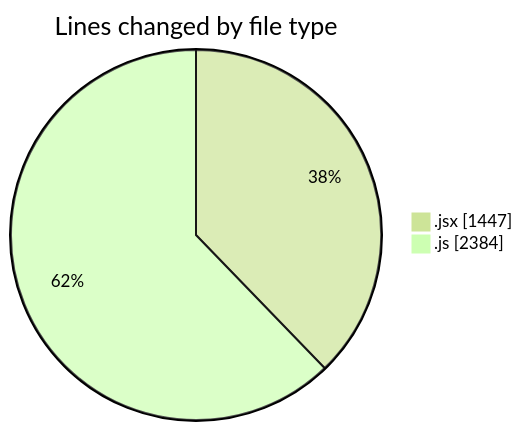
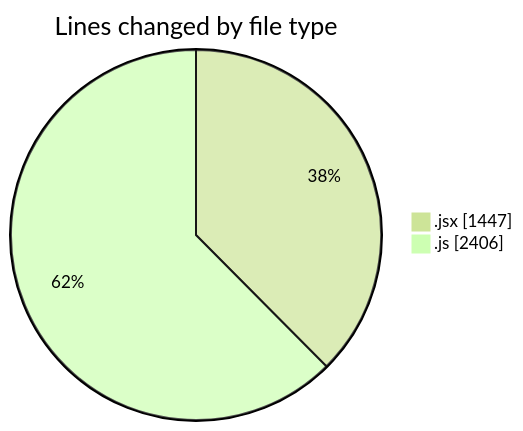
One commit to nxtqubesakshisongat/code-tracking changed the first of 2 diagrams in 2025-09-15/nxtqube_webapp/README.md. Above: the diagram before and after it, drawn with Mermaid (forest theme). The commit also changed other lines of this file and 1 other file, not shown here.

````diff
--- a/2025-09-15/nxtqube_webapp/README.md
+++ b/2025-09-15/nxtqube_webapp/README.md
@@ -22,6 +22,6 @@
 ```mermaid
 pie showData
 title Lines changed by file type
 ".jsx" : 1447
-".js" : 2384
+".js" : 2406
 ```
````
